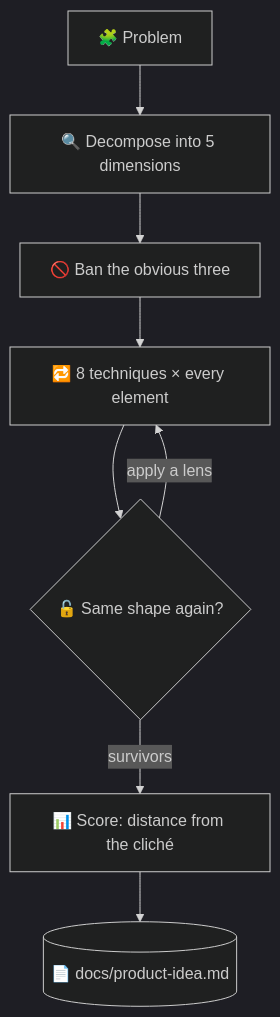
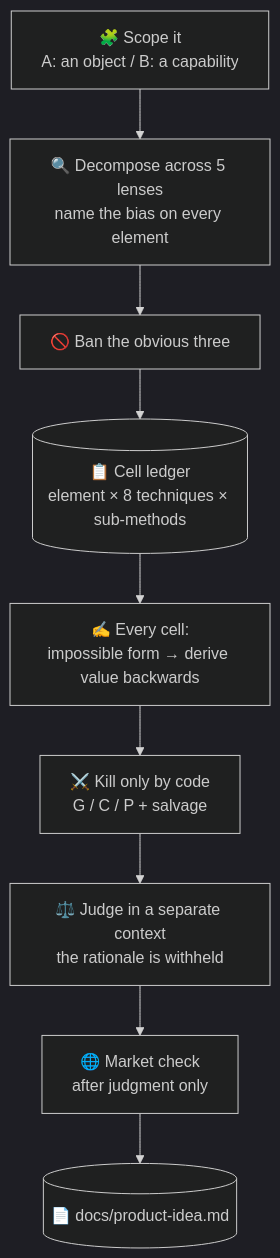
One commit to takaoumehara/superforge-skill changed the diagram in skills/superforge-brain/README.md. Above: the diagram before and after it, drawn with Mermaid (dark theme). The commit also changed other lines of this file and 71 other files, not shown here.

````diff
--- a/skills/superforge-brain/README.md
+++ b/skills/superforge-brain/README.md
@@ -23,10 +27,11 @@
 ```mermaid
 flowchart TD
-    P[🧩 Problem] --> A[🔍 Decompose into 5 dimensions]
-    A --> B[🚫 Ban the obvious three]
-    B --> C[🔁 8 techniques × every element]
-    C --> E{🔓 Same shape again?}
-    E -->|apply a lens| C
-    E -->|survivors| F[📊 Score: distance from the cliché]
-    F --> G[(📄 docs/product-idea.md)]
+    A[🧩 Scope it<br/>A: an object / B: a capability] --> B[🔍 Decompose across 5 lenses<br/>name the bias on every element]
+    B --> C[🚫 Ban the obvious three]
+    C --> D[(📋 Cell ledger<br/>element × 8 techniques × sub-methods)]
+    D --> E[✍️ Every cell:<br/>impossible form → derive value backwards]
+    E --> F[⚔️ Kill only by code<br/>G / C / P + salvage]
+    F --> G[⚖️ Judge in a separate context<br/>the rationale is withheld]
+    G --> H[🌐 Market check<br/>after judgment only]
+    H --> I[(📄 docs/product-idea.md)]
 ```
````
